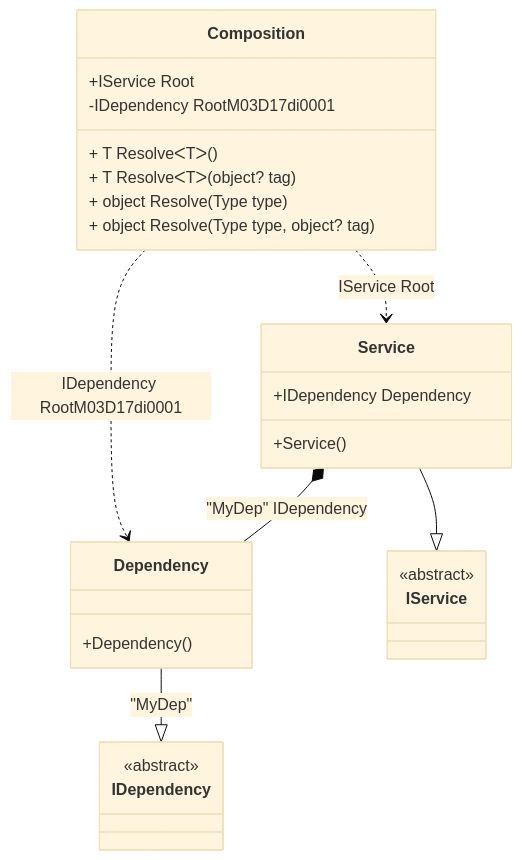
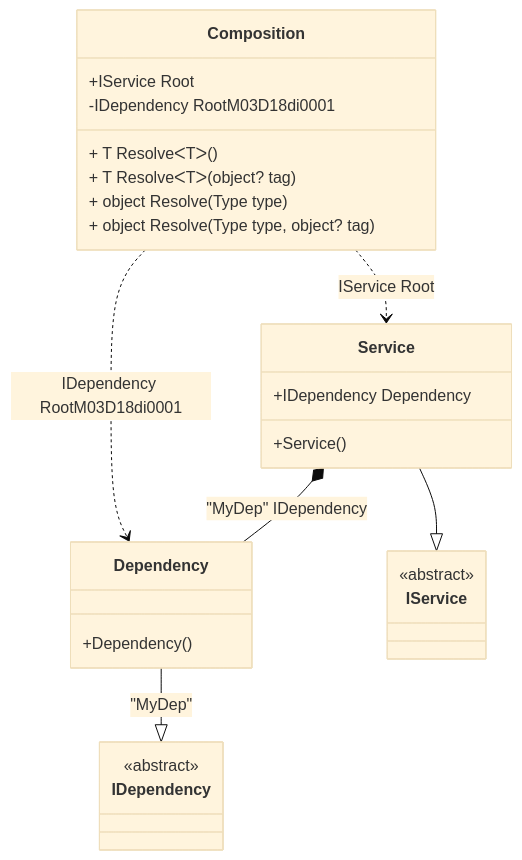
One commit to DevTeam/Pure.DI changed the diagram in readme/check-for-a-root.md. Above: the diagram before and after it, drawn with Mermaid (base theme). The commit also changed other lines of this file and 89 other files, not shown here.

````diff
--- a/readme/check-for-a-root.md
+++ b/readme/check-for-a-root.md
@@ -63,29 +63,29 @@
 ```mermaid
 classDiagram
   class Composition {
     +IService Root
-    -IDependency RootM03D17di0001
+    -IDependency RootM03D18di0001
     + T ResolveᐸTᐳ()
     + T ResolveᐸTᐳ(object? tag)
     + object Resolve(Type type)
     + object Resolve(Type type, object? tag)
   }
   Dependency --|> IDependency : "MyDep" 
   class Dependency {
     +Dependency()
   }
   Service --|> IService : 
   class Service {
     +Service()
     +IDependency Dependency
   }
   class IDependency {
     <<abstract>>
   }
   class IService {
     <<abstract>>
   }
   Service *--  Dependency : "MyDep"  IDependency
-  Composition ..> Dependency : IDependency RootM03D17di0001
+  Composition ..> Dependency : IDependency RootM03D18di0001
   Composition ..> Service : IService Root
 ```
````
